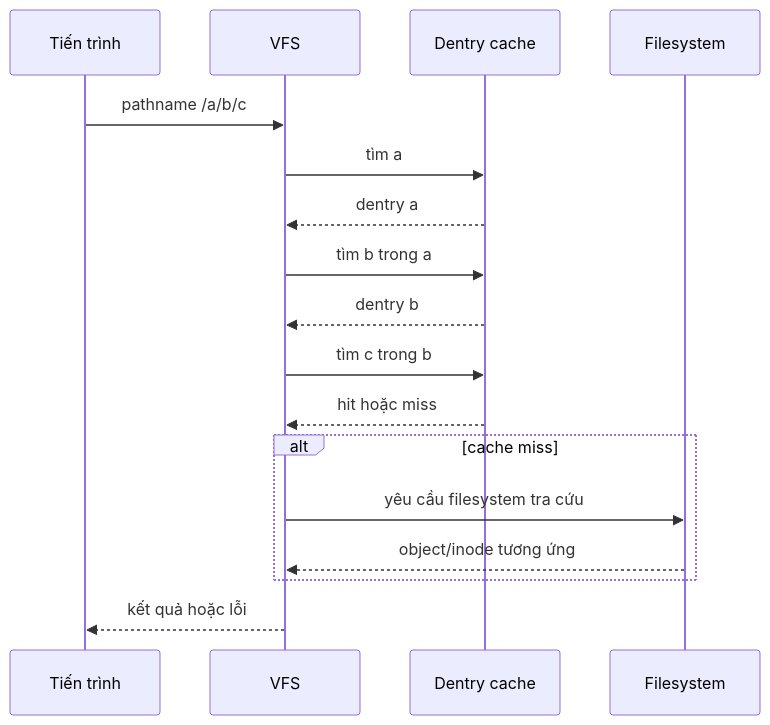
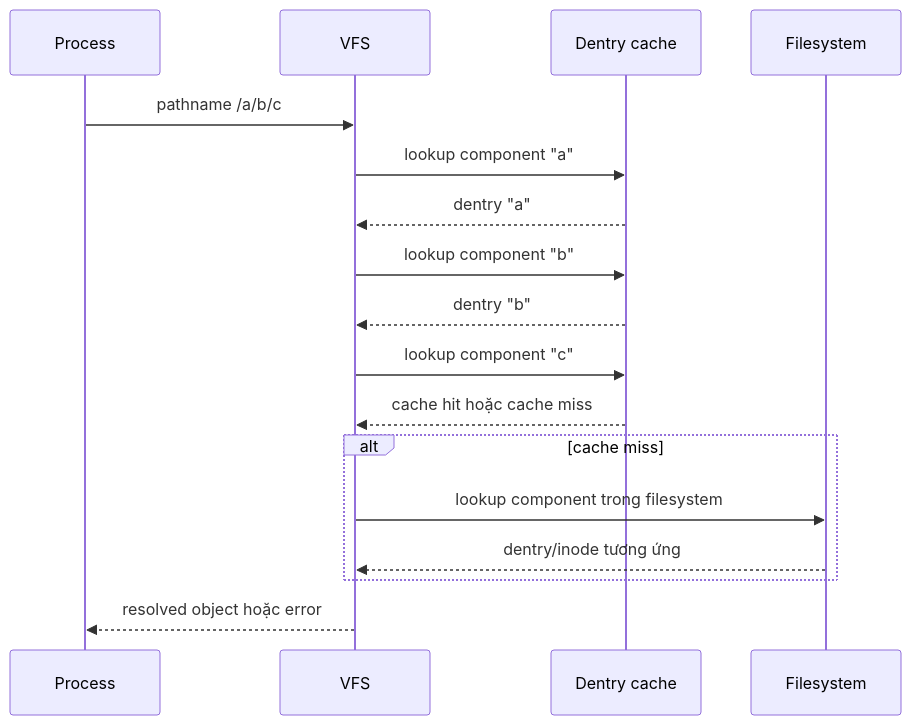
The diagram in phase-01/README-topic-02.md (hai-kevins/embedded-linux), drawn with Mermaid before and after one commit. The commit also changed other lines of this file and 8 other files, not shown here.

````diff
--- a/phase-01/README-topic-02.md
+++ b/phase-01/README-topic-02.md
@@ -215,20 +215,20 @@
 ```mermaid
 sequenceDiagram
-    participant P as Tiến trình
+    participant P as Process
     participant V as VFS
     participant D as Dentry cache
     participant F as Filesystem
 
     P->>V: pathname /a/b/c
-    V->>D: tìm a
-    D-->>V: dentry a
-    V->>D: tìm b trong a
-    D-->>V: dentry b
-    V->>D: tìm c trong b
-    D-->>V: hit hoặc miss
+    V->>D: lookup component "a"
+    D-->>V: dentry "a"
+    V->>D: lookup component "b"
+    D-->>V: dentry "b"
+    V->>D: lookup component "c"
+    D-->>V: cache hit hoặc cache miss
     alt cache miss
-        V->>F: yêu cầu filesystem tra cứu
-        F-->>V: object/inode tương ứng
+        V->>F: lookup component trong filesystem
+        F-->>V: dentry/inode tương ứng
     end
-    V-->>P: kết quả hoặc lỗi
+    V-->>P: resolved object hoặc error
 ```
````
